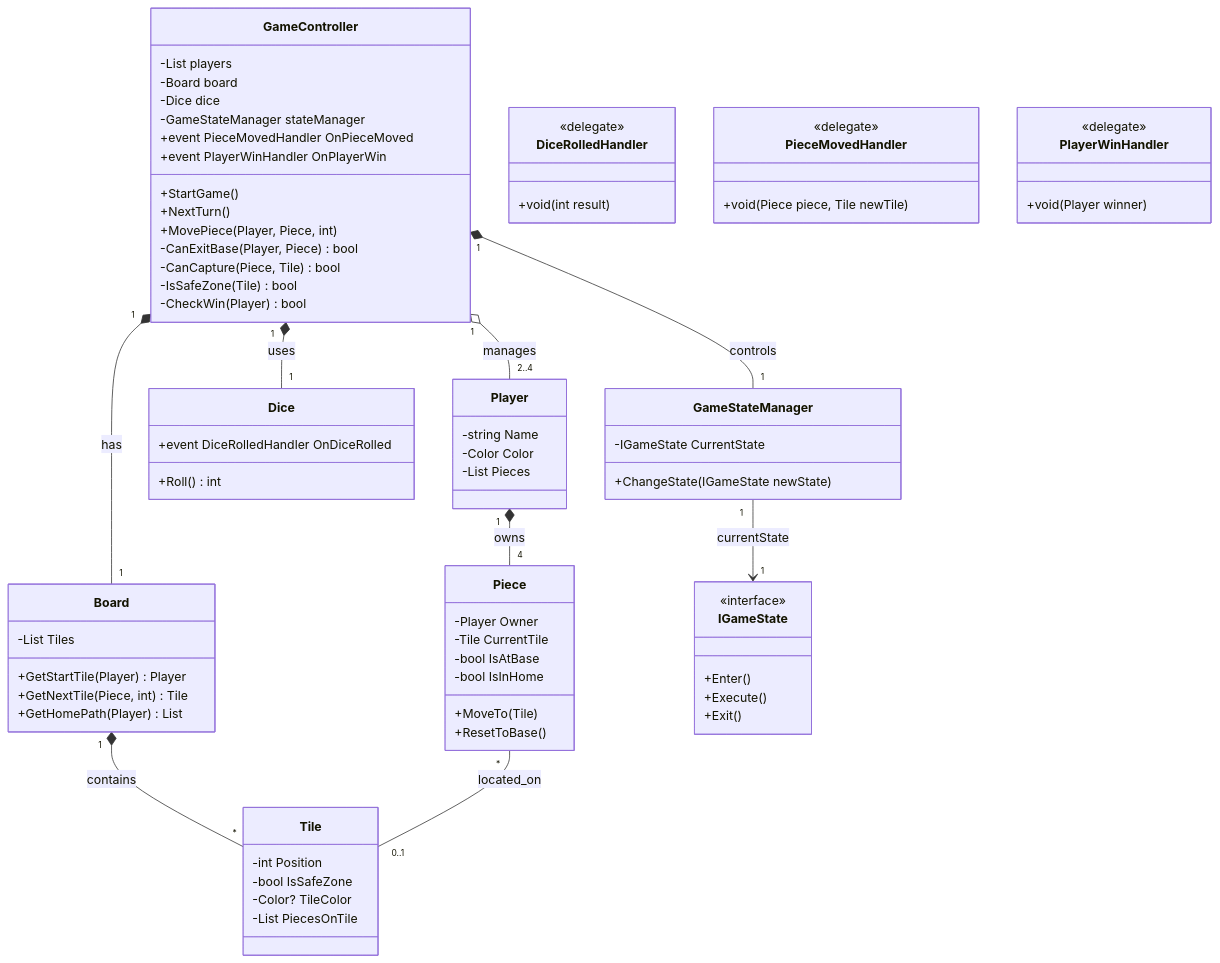
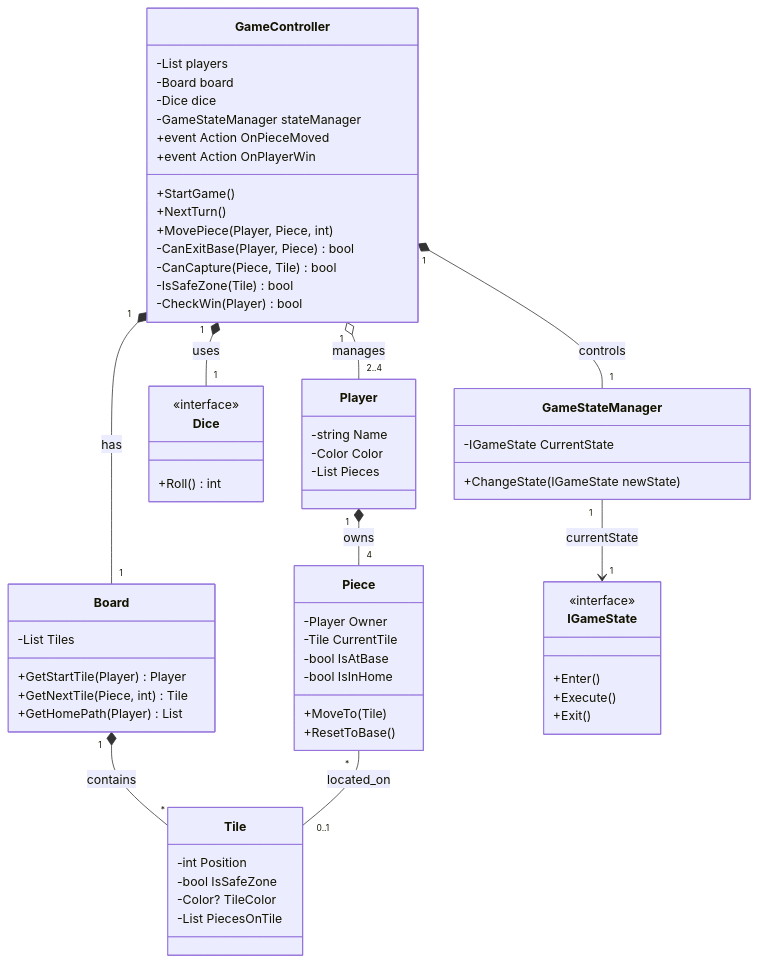
One commit to Masdikaa/Masdika-Bootcamp-SE-Formulatrix changed the diagram in Ludo/LudoClassDiagram.mmd. Above: the diagram before and after it, drawn with Mermaid. The commit also changed 4 other files, not shown here.

Commit message:
revisi note class diagram

```diff
--- a/Ludo/LudoClassDiagram.mmd
+++ b/Ludo/LudoClassDiagram.mmd
@@ -1,89 +1,77 @@
 classDiagram
-
     class GameController {
         -List<Player> players
         -Board board
         -Dice dice
         -GameStateManager stateManager
         +StartGame()
         +NextTurn()
         +MovePiece(Player, Piece, int)
         -CanExitBase(Player, Piece) bool
         -CanCapture(Piece, Tile) bool
         -IsSafeZone(Tile) bool
         -CheckWin(Player) bool
-        +event PieceMovedHandler OnPieceMoved
-        +event PlayerWinHandler OnPlayerWin
+        %% Event Diganti 
+        %% Example OnGameStart -> Game dimulai, apa saja yang dijalankan 
+        +event Action<Piece, Tile> OnPieceMoved
+        +event Action<Player> OnPlayerWin
     }
 
     class Player {
         -string Name
         -Color Color
         -List<Piece> Pieces
     }
 
     class Piece {
         -Player Owner
         -Tile CurrentTile
         -bool IsAtBase
         -bool IsInHome
         +MoveTo(Tile)
         +ResetToBase()
     }
 
-    %% List tiles
+    %% Interfacing Board
     class Board { 
         -List<Tile> Tiles
         +GetStartTile(Player) Player
         +GetNextTile(Piece, int) Tile
         +GetHomePath(Player) List<Tile>
     }
 
+    %% Struct Position
     class Tile {
-        -int Position 
+        -int Position
         -bool IsSafeZone
-        -Color? TileColor 
+        -Color? TileColor
         -List<Piece> PiecesOnTile
     }
 
     class Dice {
+        <<interface>>
         +Roll() int
-        +event DiceRolledHandler OnDiceRolled
+        %% +event Action<int> OnDiceRolled
     }
 
     class GameStateManager {
         -IGameState CurrentState
         +ChangeState(IGameState newState)
     }
 
     class IGameState {
         <<interface>>
         +Enter()
         +Execute()
         +Exit()
     }
 
-    class DiceRolledHandler {
-    <<delegate>>
-    +void(int result)
-    }
-
-    class PieceMovedHandler {
-        <<delegate>>
-        +void(Piece piece, Tile newTile)
-    }
-
-    class PlayerWinHandler {
-        <<delegate>>
-        +void(Player winner)
-    }
-
     GameController "1" o-- "2..4" Player : manages
     GameController "1" *-- "1" Board : has
     GameController "1" *-- "1" Dice : uses
     GameController "1" *-- "1" GameStateManager : controls
     
     Player "1" *-- "4" Piece : owns
     Board "1" *-- "*" Tile : contains
     Piece "*" -- "0..1" Tile : located_on
     GameStateManager "1" --> "1" IGameState : currentState
```
